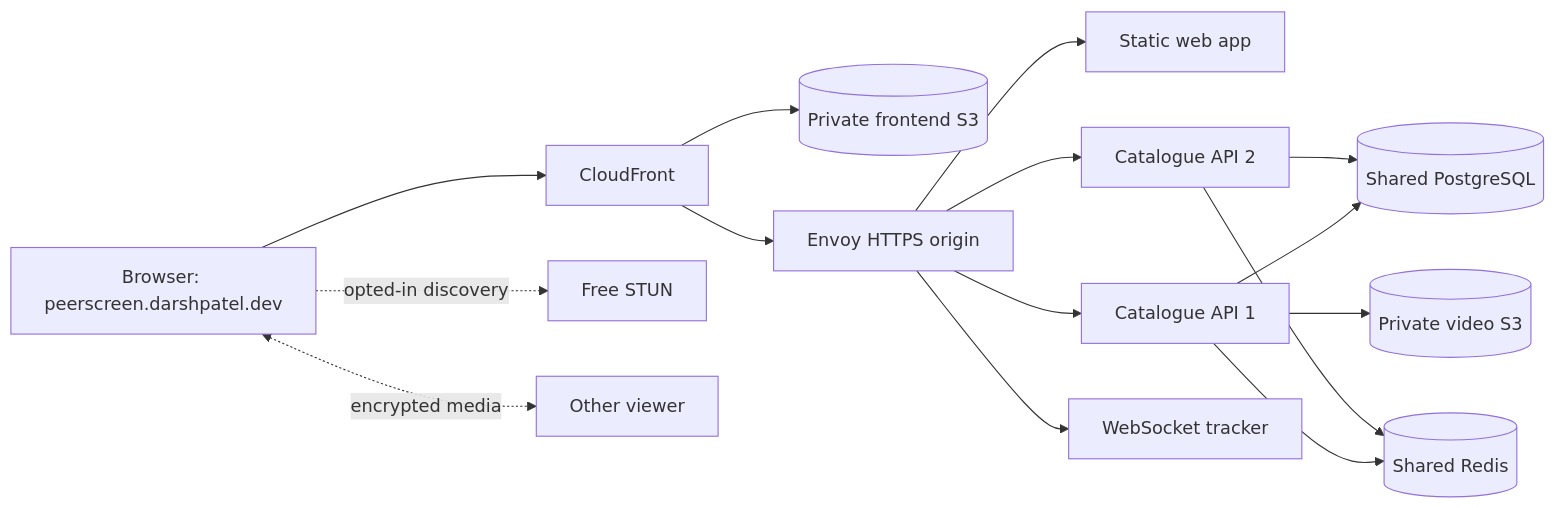
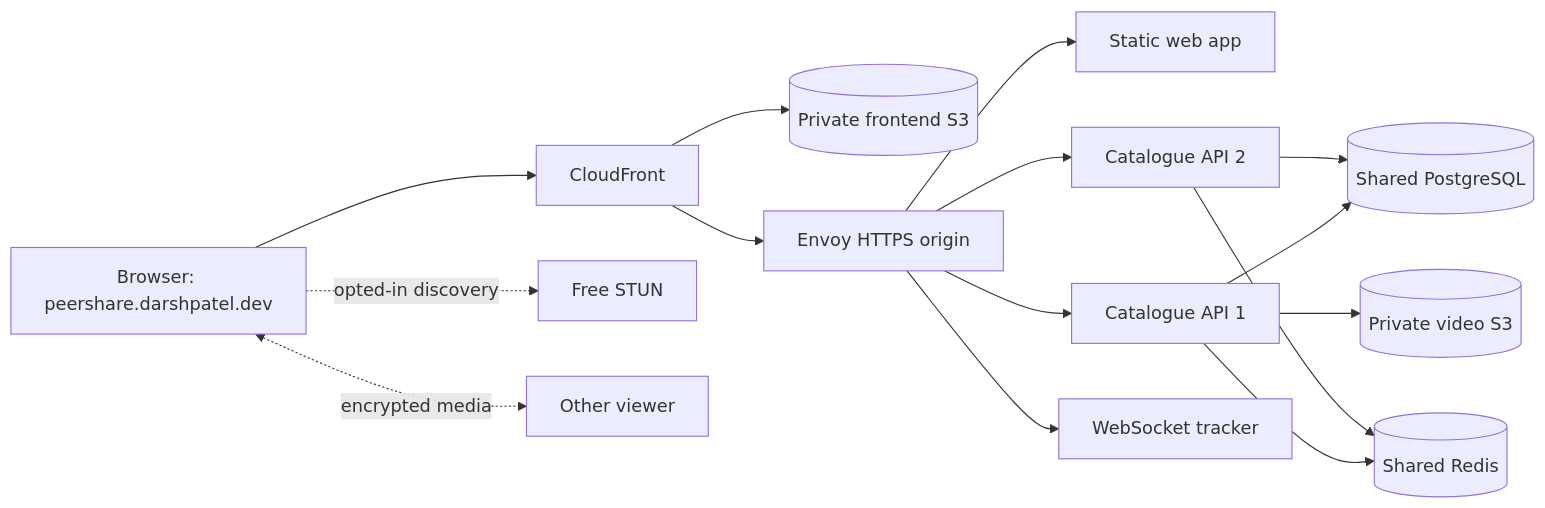
Before and after one commit to darshpatel1052/PeerShare: the diagram in docs/learning/phase-5/README.md, drawn with Mermaid. The commit also changed other lines of this file and 269 other files, not shown here.

````diff
--- a/docs/learning/phase-5/README.md
+++ b/docs/learning/phase-5/README.md
@@ -14,17 +14,17 @@
 ```mermaid
 flowchart LR
- Browser[Browser: peerscreen.darshpatel.dev] --> CDN[CloudFront]
+ Browser[Browser: peershare.darshpatel.dev] --> CDN[CloudFront]
  CDN --> Static[(Private frontend S3)]
  CDN --> Gateway[Envoy HTTPS origin]
  Gateway --> Web[Static web app]
  Gateway --> API1[Catalogue API 1]
  Gateway --> API2[Catalogue API 2]
  Gateway --> Tracker[WebSocket tracker]
  API1 --> DB[(Shared PostgreSQL)]
  API2 --> DB
  API1 --> Limits[(Shared Redis)]
  API2 --> Limits
  API1 --> Objects[(Private video S3)]
  Browser -. opted-in discovery .-> STUN[Free STUN]
  Browser <-. encrypted media .-> Peer[Other viewer]
 ```
````
